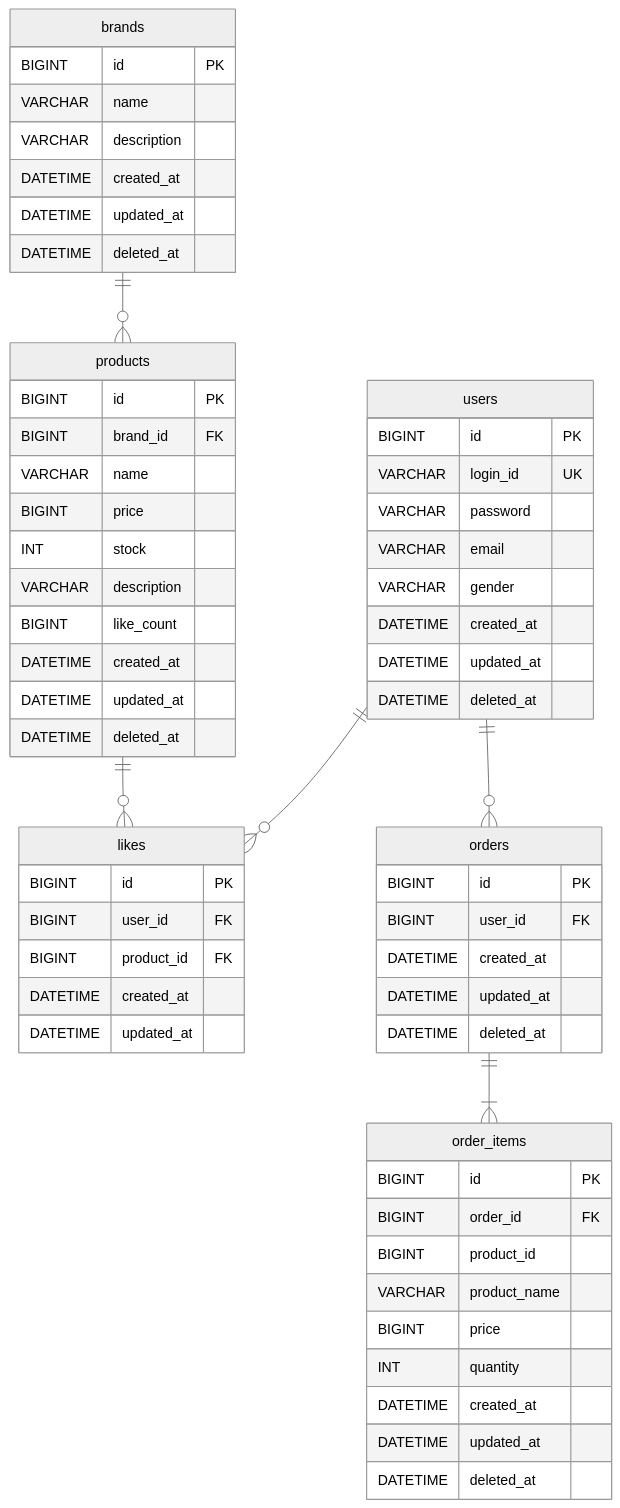
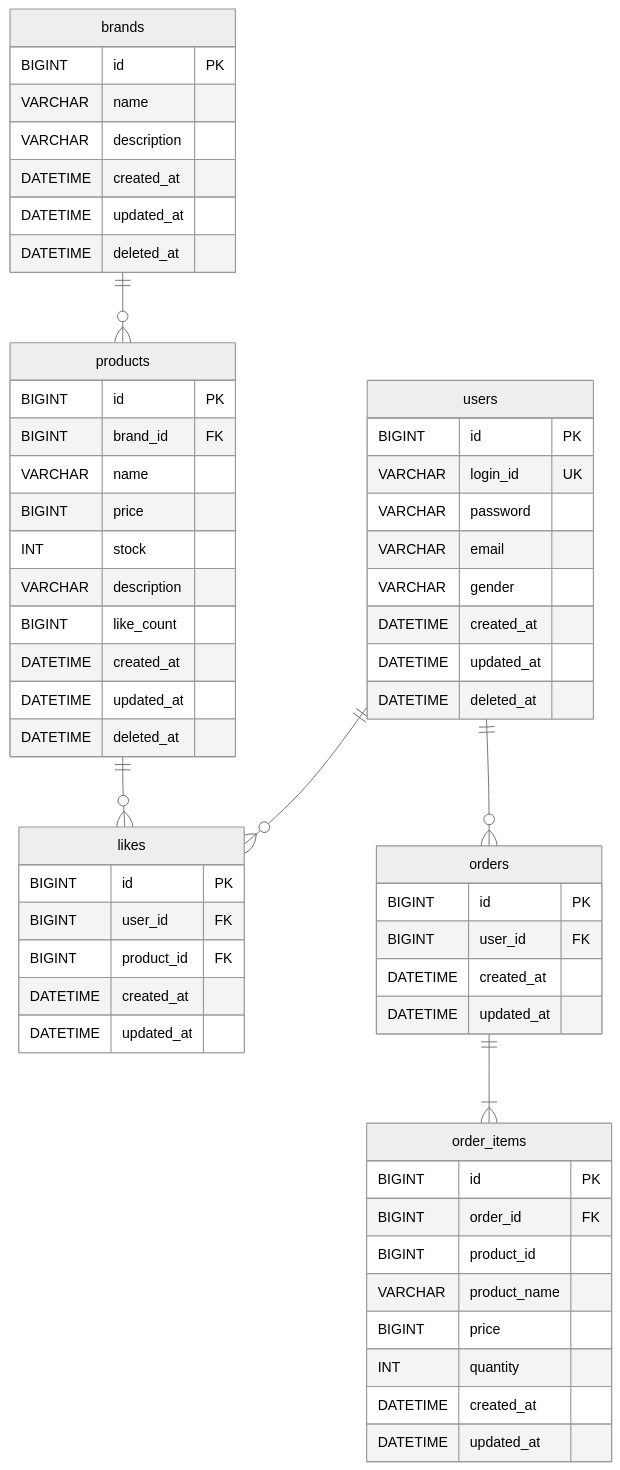
One commit to loopers-labs/loop-pack-be-l2-vol4-java changed the diagram in .docs/design/04-erd.md. Above: the diagram before and after it, drawn with Mermaid (neutral theme). The commit also changed other lines of this file and 2 other files, not shown here.

````diff
--- a/.docs/design/04-erd.md
+++ b/.docs/design/04-erd.md
@@ -5,69 +5,67 @@
 ```mermaid
 erDiagram
     users {
         BIGINT id PK
         VARCHAR login_id UK
         VARCHAR password
         VARCHAR email
         VARCHAR gender
         DATETIME created_at
         DATETIME updated_at
         DATETIME deleted_at
     }
 
     brands {
         BIGINT id PK
         VARCHAR name
         VARCHAR description
         DATETIME created_at
         DATETIME updated_at
         DATETIME deleted_at
     }
 
     products {
         BIGINT id PK
         BIGINT brand_id FK
         VARCHAR name
         BIGINT price
         INT stock
         VARCHAR description
         BIGINT like_count
         DATETIME created_at
         DATETIME updated_at
         DATETIME deleted_at
     }
 
     likes {
         BIGINT id PK
         BIGINT user_id FK
         BIGINT product_id FK
         DATETIME created_at
         DATETIME updated_at
     }
 
     orders {
         BIGINT id PK
         BIGINT user_id FK
         DATETIME created_at
         DATETIME updated_at
-        DATETIME deleted_at
     }
 
     order_items {
         BIGINT id PK
         BIGINT order_id FK
         BIGINT product_id
         VARCHAR product_name
         BIGINT price
         INT quantity
         DATETIME created_at
         DATETIME updated_at
-        DATETIME deleted_at
     }
 
     users ||--o{ likes : ""
     users ||--o{ orders : ""
     brands ||--o{ products : ""
     products ||--o{ likes : ""
     orders ||--|{ order_items : ""
 ```
````
